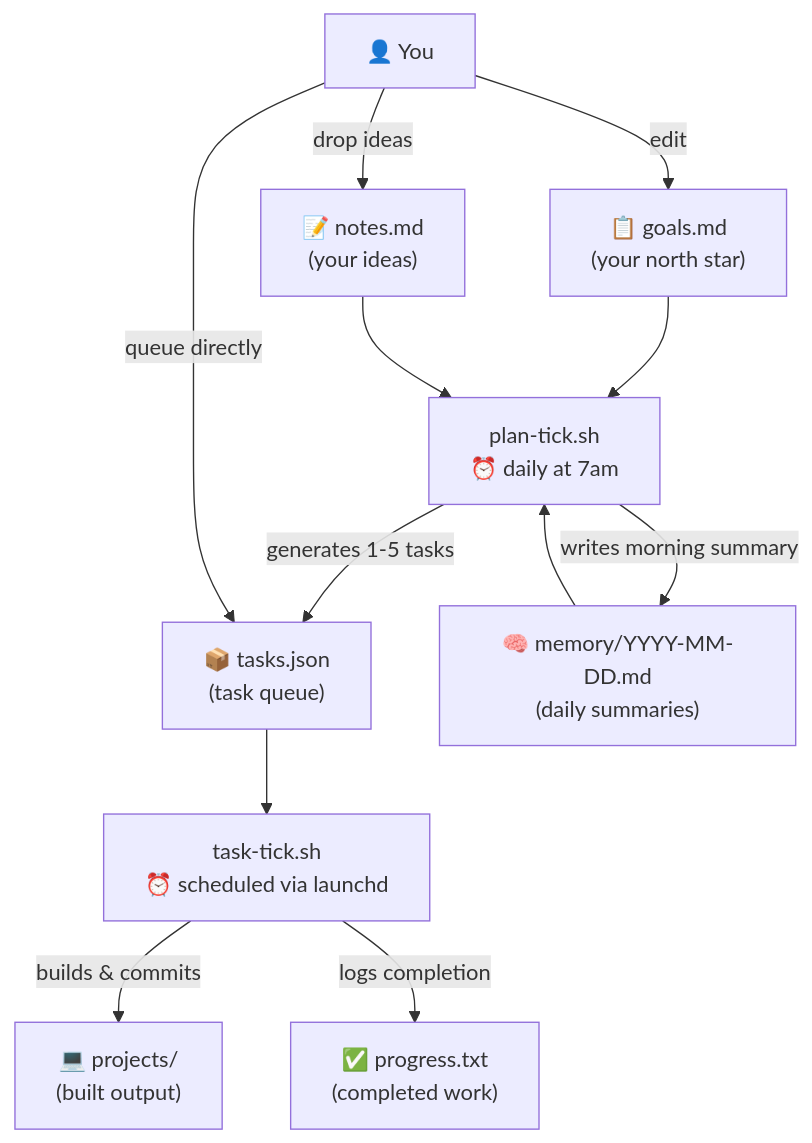
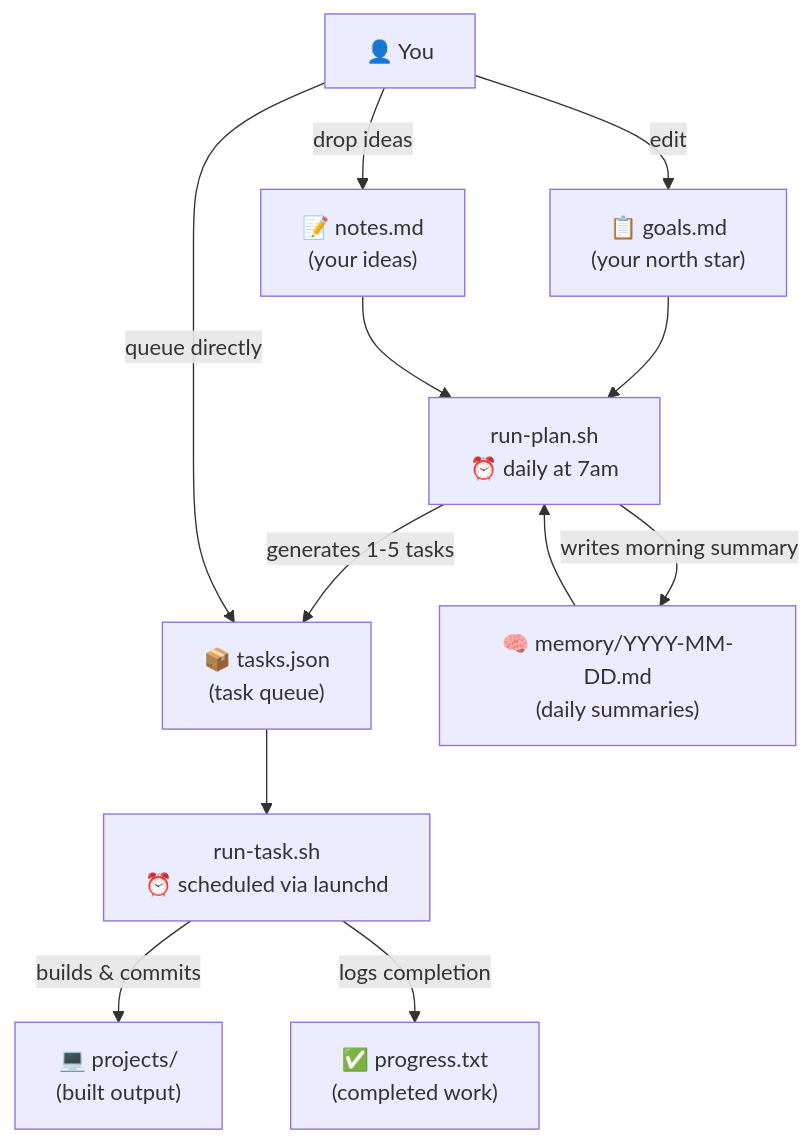
The diagram in README.md (ben-rogerson/rawrbot), drawn with Mermaid before and after one commit. The commit also changed other lines of this file and 14 other files, not shown here.

````diff
--- a/README.md
+++ b/README.md
@@ -9,23 +9,23 @@
 ```mermaid
 flowchart TD
     goals["📋 goals.md\n(your north star)"]
     notes["📝 notes.md\n(your ideas)"]
     tasks["📦 tasks.json\n(task queue)"]
     progress["✅ progress.txt\n(completed work)"]
     memory["🧠 memory/YYYY-MM-DD.md\n(daily summaries)"]
     projects["💻 projects/\n(built output)"]
 
-    goals --> plan["plan-tick.sh\n⏰ daily at 7am"]
+    goals --> plan["run-plan.sh\n⏰ daily at 7am"]
     notes --> plan
     memory --> plan
     plan -->|"generates 1-5 tasks"| tasks
     plan -->|"writes morning summary"| memory
 
-    tasks --> exec["task-tick.sh\n⏰ scheduled via launchd"]
+    tasks --> exec["run-task.sh\n⏰ scheduled via launchd"]
     exec -->|"builds & commits"| projects
     exec -->|"logs completion"| progress
 
     you["👤 You"] -->|"edit"| goals
     you -->|"drop ideas"| notes
     you -->|"queue directly"| tasks
 ```
````
